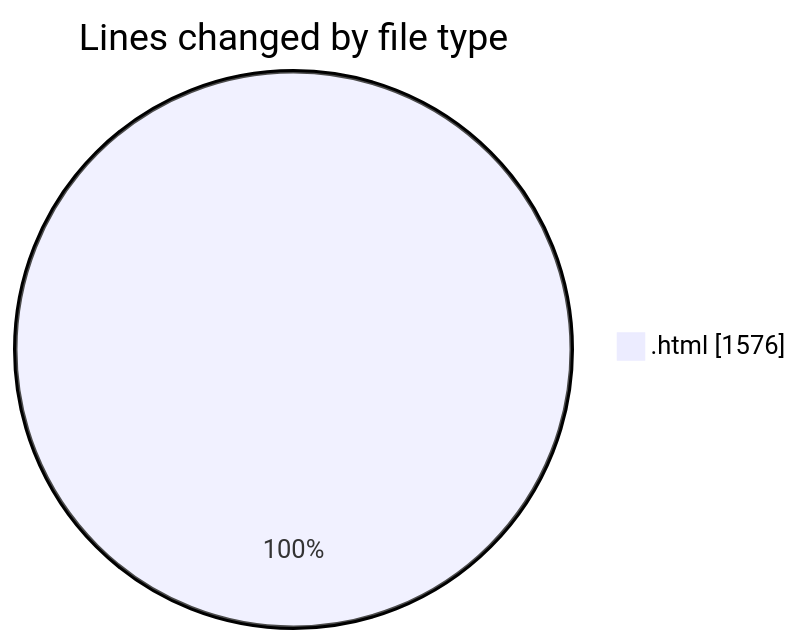
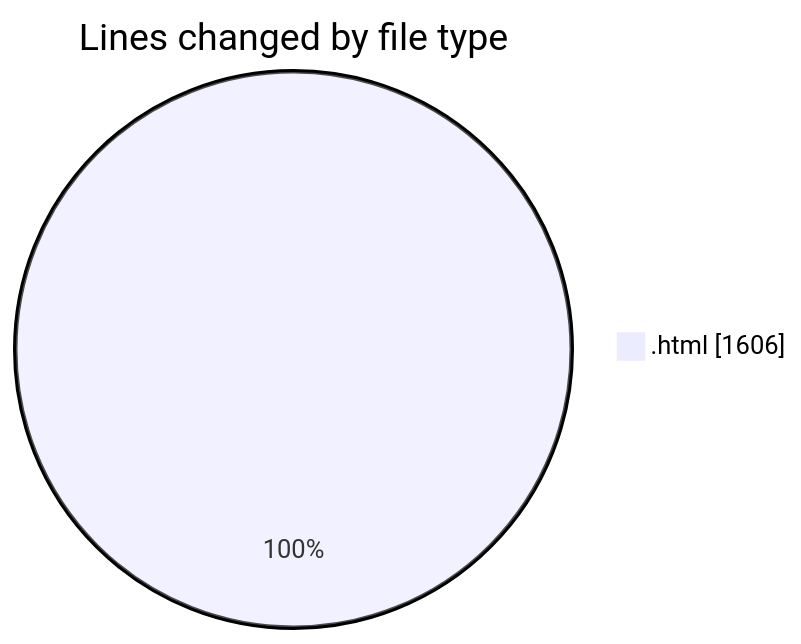
Before and after one commit to Ritupan-Deka/code-tracking: the first of 2 diagrams in 2025-06-17/projects/README.md, drawn with Mermaid. The commit also changed other lines of this file and 1 other file, not shown here.

````diff
--- a/2025-06-17/projects/README.md
+++ b/2025-06-17/projects/README.md
@@ -20,5 +20,5 @@
 ```mermaid
 pie showData
 title Lines changed by file type
-".html" : 1576
+".html" : 1606
 ```
````
